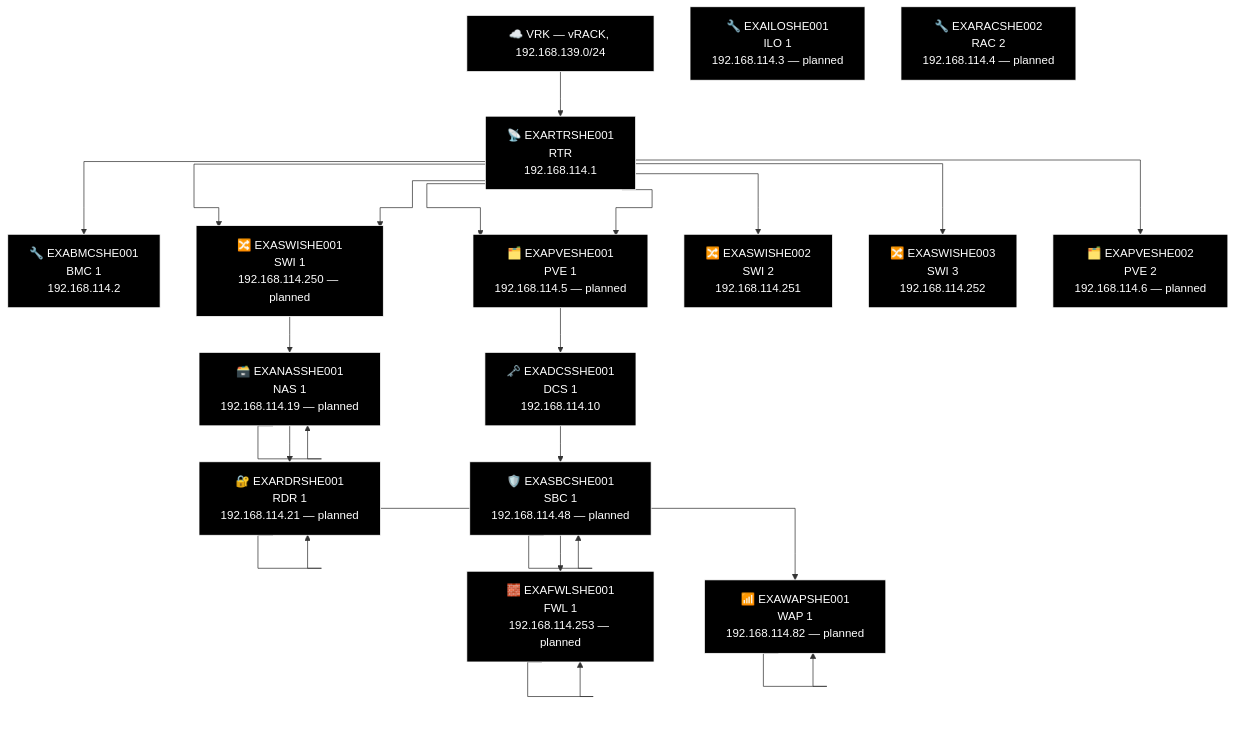
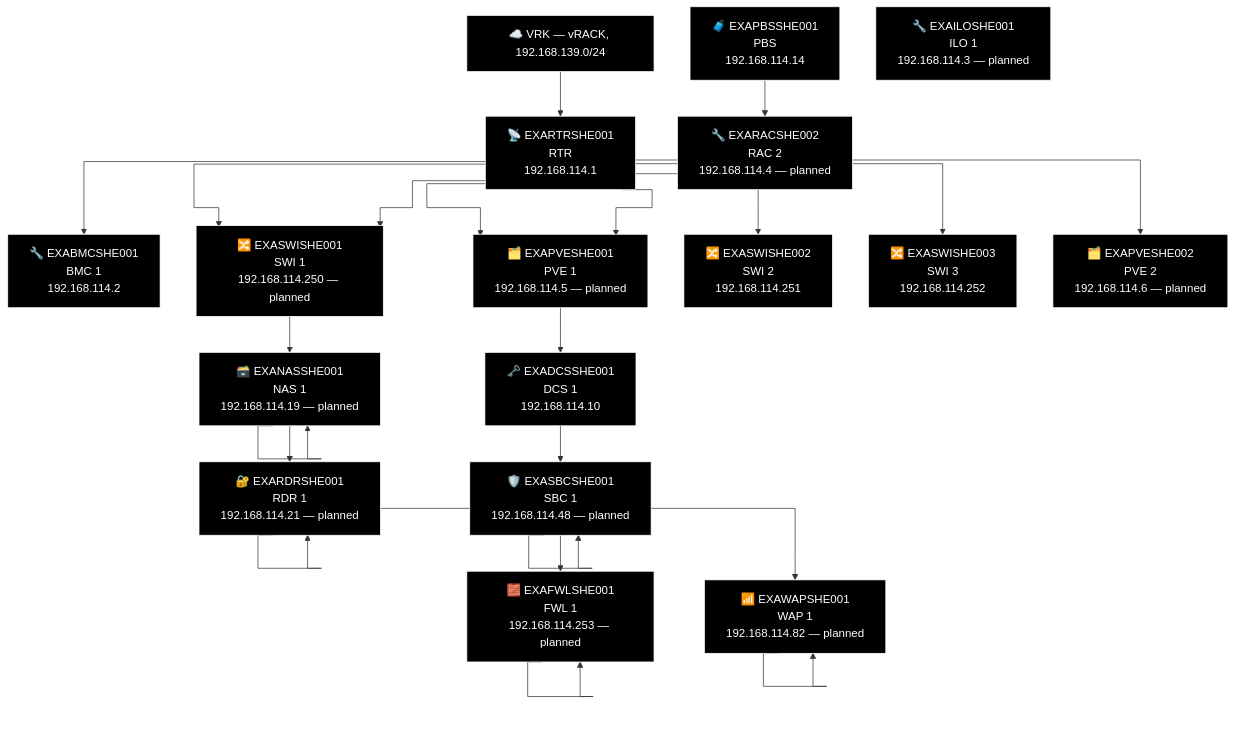
Diagram 18 of 27 in docs/network-diagram/england.md (knightmare2600/example_music_infra), drawn with Mermaid before and after one commit. The commit also changed other lines of this file and 14 other files, not shown here.

First line of the commit message:
docs/network-diagram: regenerate, every site was missing its PBS node

````diff
--- a/docs/network-diagram/england.md
+++ b/docs/network-diagram/england.md
@@ -930,63 +941,66 @@
 ```mermaid
 %% GENERATED:TOPOLOGY:SHE:START
 %%{init: {'flowchart': {'curve': 'stepAfter'}}}%%
 graph TD
     T_VRK["☁️ VRK — vRACK, 192.168.139.0/24"]
     T_RTR["📡 EXARTRSHE001<br/>RTR<br/>192.168.114.1"]
     T_VRK --> T_RTR
     T_BMC["🔧 EXABMCSHE001<br/>BMC 1<br/>192.168.114.2"]
     T_RTR --> T_BMC
     T_PVE["🗂️ EXAPVESHE001<br/>PVE 1<br/>192.168.114.5"]
     T_RTR --> T_PVE
     T_SWI["🔀 EXASWISHE001<br/>SWI 1<br/>192.168.114.250"]
     T_RTR --> T_SWI
     T_SWI2["🔀 EXASWISHE002<br/>SWI 2<br/>192.168.114.251"]
     T_RTR --> T_SWI2
     T_SWI3["🔀 EXASWISHE003<br/>SWI 3<br/>192.168.114.252"]
     T_RTR --> T_SWI3
     T_SWI["🔀 EXASWISHE001<br/>SWI 1<br/>192.168.114.250 — planned"]
     T_RTR --> T_SWI
     T_PVE["🗂️ EXAPVESHE001<br/>PVE 1<br/>192.168.114.5 — planned"]
     T_RTR --> T_PVE
     T_PVE2["🗂️ EXAPVESHE002<br/>PVE 2<br/>192.168.114.6 — planned"]
     T_RTR --> T_PVE2
     T_NAS["🗃️ EXANASSHE001<br/>NAS<br/>192.168.114.19"]
     T_NAS["🗃️ EXANASSHE001<br/>NAS 1<br/>192.168.114.19 — planned"]
     T_RDR["🔐 EXARDRSHE001<br/>RDR<br/>192.168.114.21"]
     T_RDR["🔐 EXARDRSHE001<br/>RDR 1<br/>192.168.114.21 — planned"]
     T_WAP["📶 EXAWAPSHE001<br/>WAP 1<br/>192.168.114.82"]
     T_WAP["📶 EXAWAPSHE001<br/>WAP 1<br/>192.168.114.82 — planned"]
     T_SWI --> T_NAS --> T_NAS --> T_RDR --> T_RDR --> T_WAP --> T_WAP
     T_DCS["🗝️ EXADCSSHE001<br/>DCS 1<br/>192.168.114.10"]
     T_SBC["🛡️ EXASBCSHE001<br/>SBC<br/>192.168.114.48"]
     T_SBC["🛡️ EXASBCSHE001<br/>SBC 1<br/>192.168.114.48 — planned"]
     T_FWL["🧱 EXAFWLSHE001<br/>LAN Face<br/>192.168.114.253"]
     T_FWL["🧱 EXAFWLSHE001<br/>FWL 1<br/>192.168.114.253 — planned"]
     T_PVE --> T_DCS --> T_SBC --> T_SBC --> T_FWL --> T_FWL
+    T_PBS["🧳 EXAPBSSHE001<br/>PBS<br/>192.168.114.14"]
     T_ILO["🔧 EXAILOSHE001<br/>ILO 1<br/>192.168.114.3 — planned"]
     T_RAC["🔧 EXARACSHE002<br/>RAC 2<br/>192.168.114.4 — planned"]
+    T_PBS --> T_RAC
     style T_VRK fill:#000000,stroke:#FFFFFF,color:#FFFFFF
     style T_RTR fill:#000000,stroke:#FFFFFF,color:#FFFFFF
     style T_BMC fill:#000000,stroke:#FFFFFF,color:#FFFFFF
     style T_PVE fill:#000000,stroke:#FFFFFF,color:#FFFFFF
     style T_SWI fill:#000000,stroke:#FFFFFF,color:#FFFFFF
     style T_SWI2 fill:#000000,stroke:#FFFFFF,color:#FFFFFF
     style T_SWI3 fill:#000000,stroke:#FFFFFF,color:#FFFFFF
     style T_SWI fill:#000000,stroke:#FFFFFF,color:#FFFFFF
     style T_PVE fill:#000000,stroke:#FFFFFF,color:#FFFFFF
     style T_PVE2 fill:#000000,stroke:#FFFFFF,color:#FFFFFF
     style T_NAS fill:#000000,stroke:#FFFFFF,color:#FFFFFF
     style T_NAS fill:#000000,stroke:#FFFFFF,color:#FFFFFF
     style T_RDR fill:#000000,stroke:#FFFFFF,color:#FFFFFF
     style T_RDR fill:#000000,stroke:#FFFFFF,color:#FFFFFF
     style T_WAP fill:#000000,stroke:#FFFFFF,color:#FFFFFF
     style T_WAP fill:#000000,stroke:#FFFFFF,color:#FFFFFF
     style T_DCS fill:#000000,stroke:#FFFFFF,color:#FFFFFF
     style T_SBC fill:#000000,stroke:#FFFFFF,color:#FFFFFF
     style T_SBC fill:#000000,stroke:#FFFFFF,color:#FFFFFF
     style T_FWL fill:#000000,stroke:#FFFFFF,color:#FFFFFF
     style T_FWL fill:#000000,stroke:#FFFFFF,color:#FFFFFF
+    style T_PBS fill:#000000,stroke:#FFFFFF,color:#FFFFFF
     style T_ILO fill:#000000,stroke:#FFFFFF,color:#FFFFFF
     style T_RAC fill:#000000,stroke:#FFFFFF,color:#FFFFFF
 %% GENERATED:TOPOLOGY:SHE:END
 ```
````
